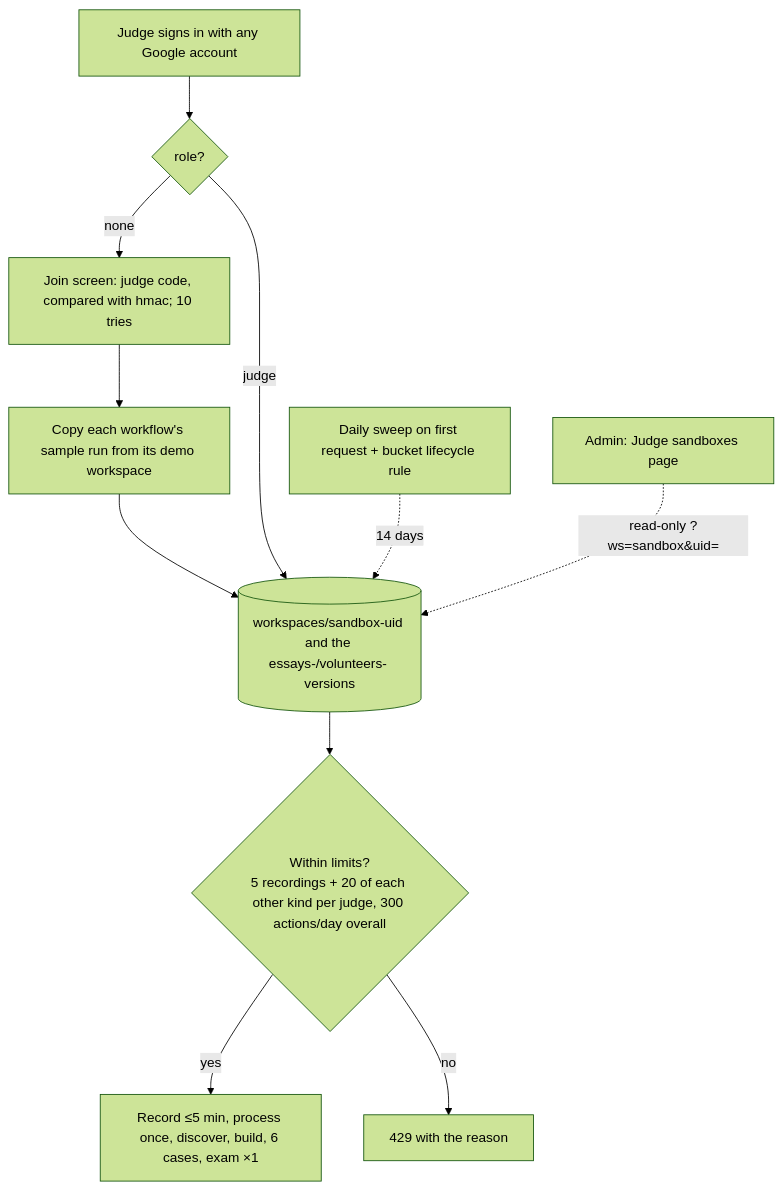
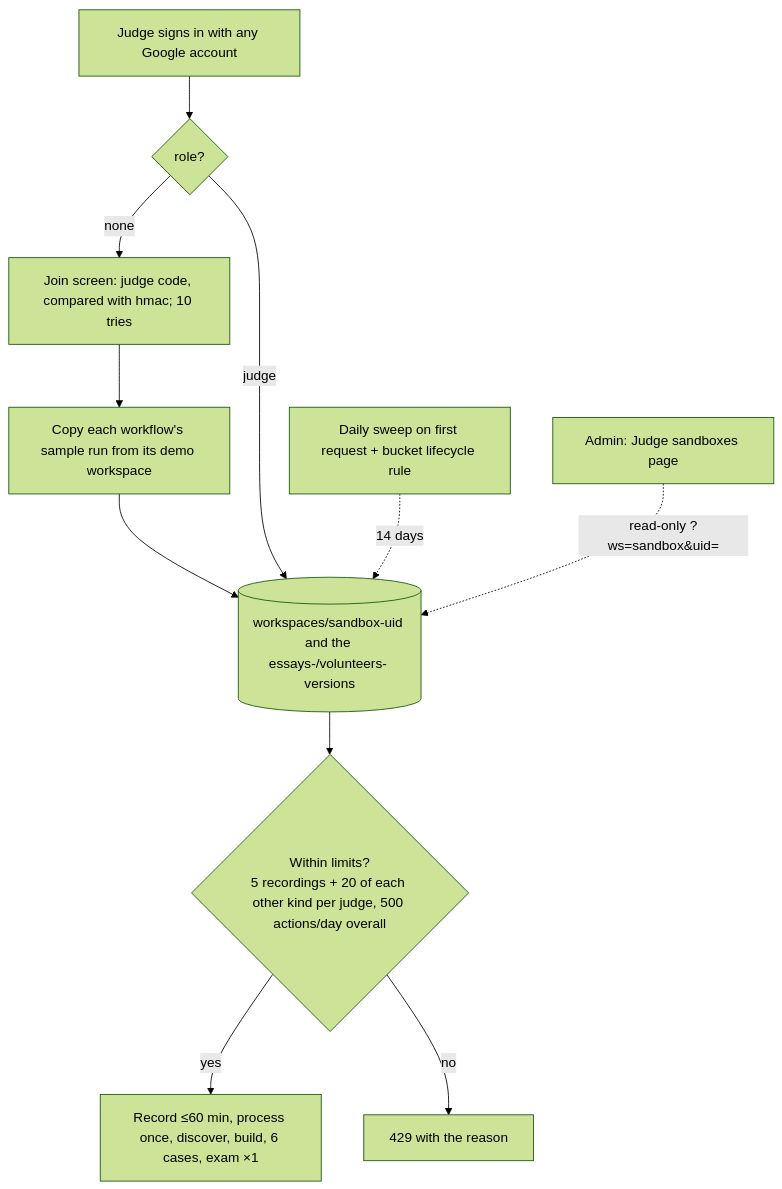
One commit to saikosis/apprentice-agent changed the eighth of 8 diagrams in docs/ARCHITECTURE.md. Above: the diagram before and after it, drawn with Mermaid (forest theme). The commit also changed other lines of this file and 12 other files, not shown here.

`````diff
--- a/docs/ARCHITECTURE.md
+++ b/docs/ARCHITECTURE.md
@@ -229,13 +229,13 @@
 ````mermaid
 flowchart TD
   J[Judge signs in with any Google account] --> R{role?}
   R -- none --> JC[Join screen: judge code, compared with hmac; 10 tries]
   JC --> CP[Copy each workflow's sample run from its demo workspace]
   CP --> W[(workspaces/sandbox-uid and the essays-/volunteers- versions)]
   R -- judge --> W
-  W --> LIM{Within limits?<br/>5 recordings + 20 of each other kind per judge, 300 actions/day overall}
-  LIM -- yes --> RUN[Record ≤5 min, process once, discover, build, 6 cases, exam ×1]
+  W --> LIM{Within limits?<br/>5 recordings + 20 of each other kind per judge, 500 actions/day overall}
+  LIM -- yes --> RUN[Record ≤60 min, process once, discover, build, 6 cases, exam ×1]
   LIM -- no --> E429[429 with the reason]
   SW[Daily sweep on first request + bucket lifecycle rule] -. 14 days .-> W
   A[Admin: Judge sandboxes page] -. read-only ?ws=sandbox&uid= .-> W
 ````
`````
